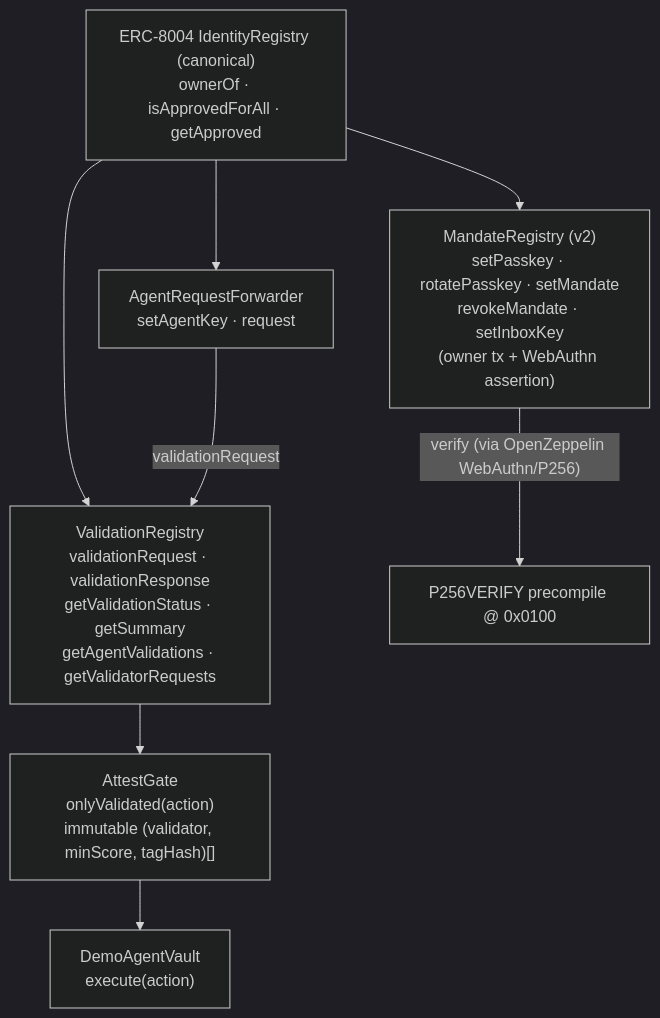
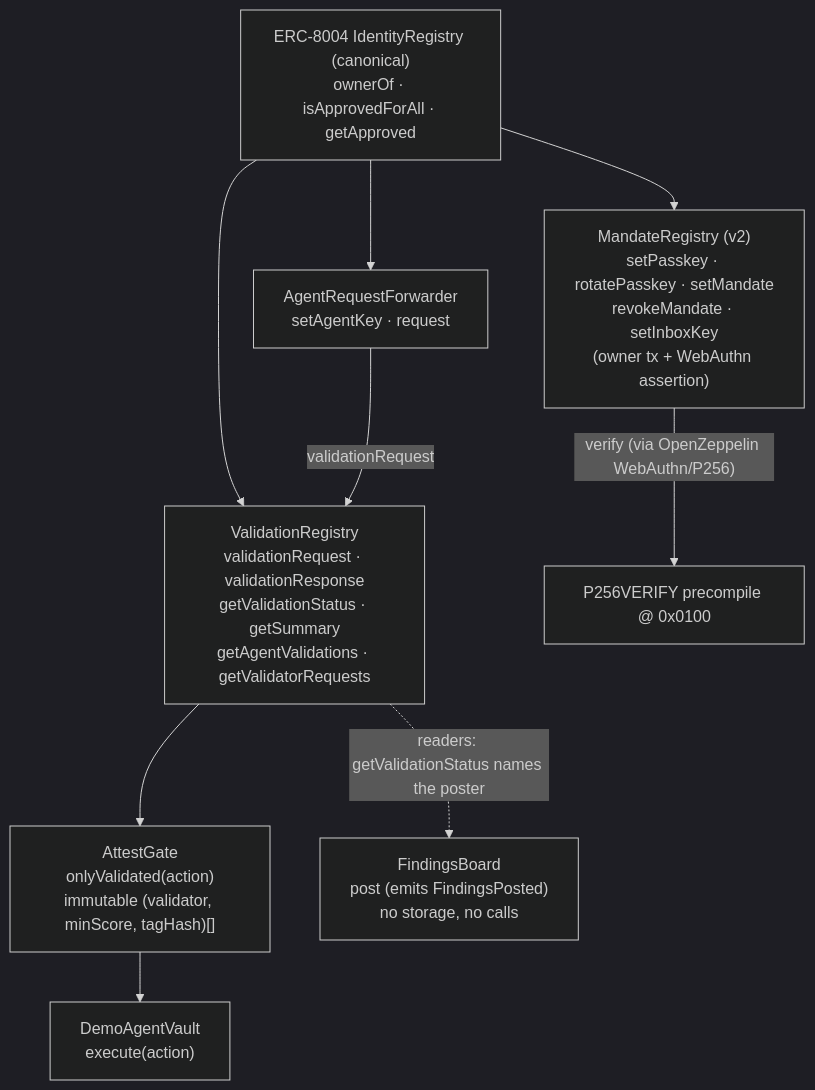
One commit to AmitChowdary122/attest8004 changed the second of 6 diagrams in ARCHITECTURE.md. Above: the diagram before and after it, drawn with Mermaid (dark theme). The commit also changed other lines of this file and 7 other files, not shown here.

First line of the commit message:
feat(contracts): FindingsBoard — an immutable, storage-free board for encrypted operator reports

````diff
--- a/ARCHITECTURE.md
+++ b/ARCHITECTURE.md
@@ -93,17 +98,19 @@
 ```mermaid
 flowchart TB
   ID["ERC-8004 IdentityRegistry (canonical)<br/>ownerOf · isApprovedForAll · getApproved"]
   VR["ValidationRegistry<br/>validationRequest · validationResponse<br/>getValidationStatus · getSummary<br/>getAgentValidations · getValidatorRequests"]
   FW["AgentRequestForwarder<br/>setAgentKey · request"]
   MR["MandateRegistry (v2)<br/>setPasskey · rotatePasskey · setMandate<br/>revokeMandate · setInboxKey<br/>(owner tx + WebAuthn assertion)"]
   P256["P256VERIFY precompile @ 0x0100"]
   G["AttestGate<br/>onlyValidated(action)<br/>immutable (validator, minScore, tagHash)[]"]
   V["DemoAgentVault<br/>execute(action)"]
+  FB["FindingsBoard<br/>post (emits FindingsPosted)<br/>no storage, no calls"]
   ID --> VR
   ID --> FW
   FW -->|validationRequest| VR
   ID --> MR
   MR -->|"verify (via OpenZeppelin WebAuthn/P256)"| P256
   VR --> G
   G --> V
+  VR -.->|"readers: getValidationStatus names the poster"| FB
 ```
````
